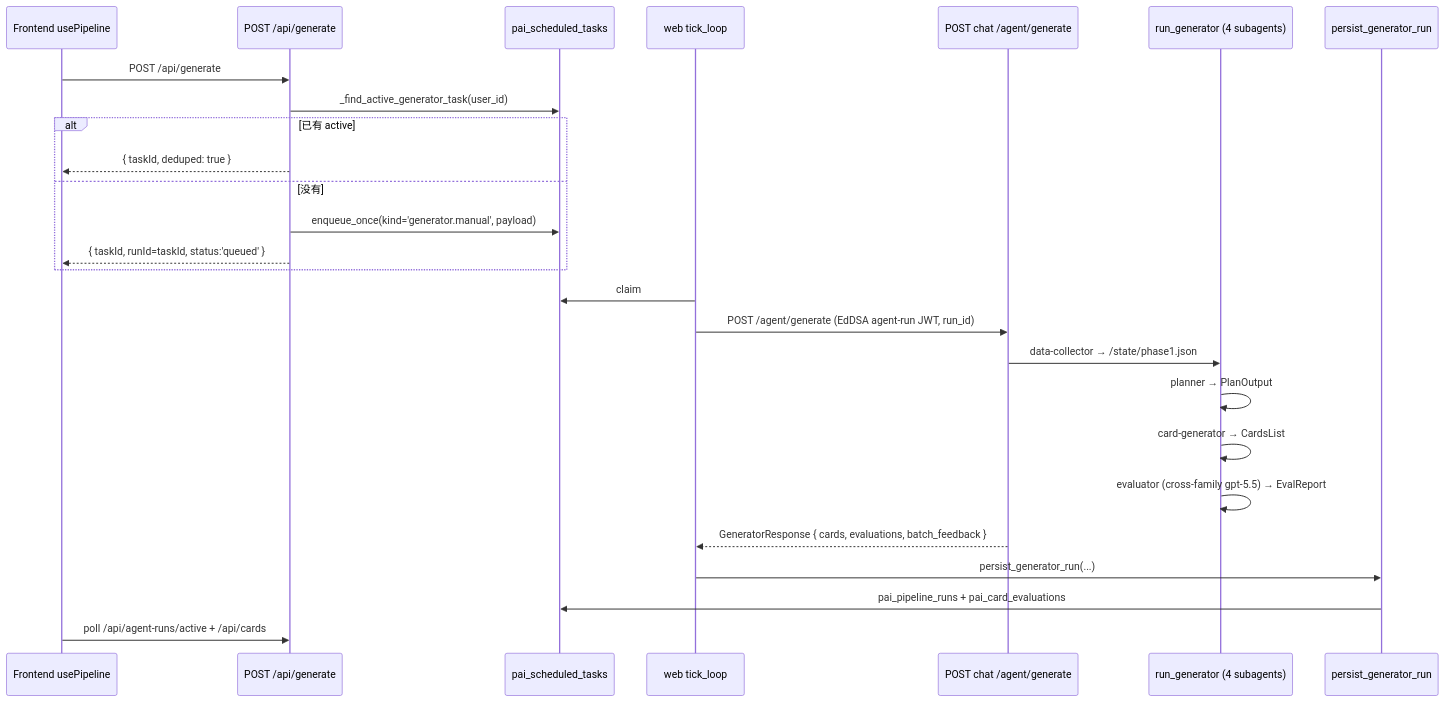
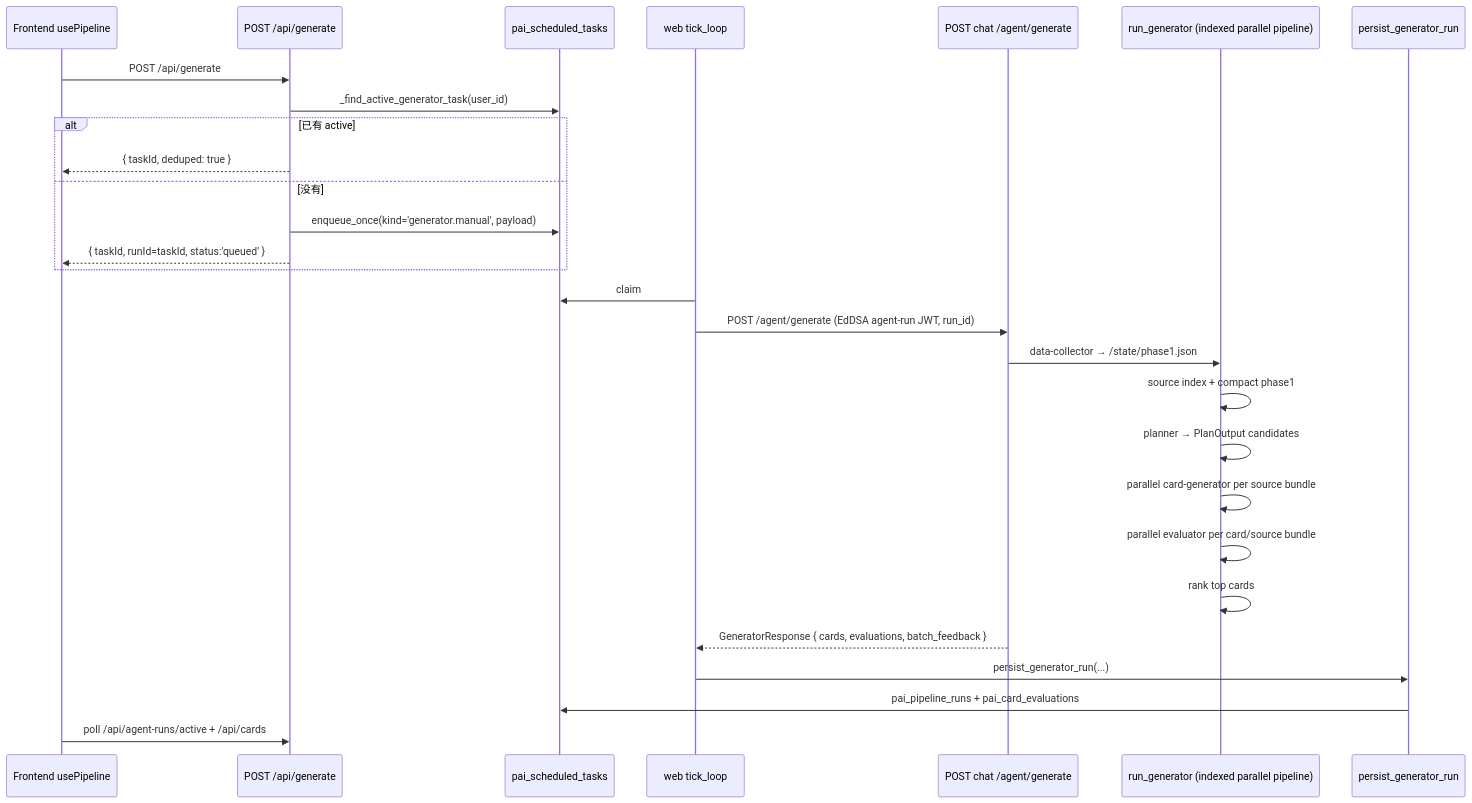
The second of 2 diagrams in docs/modules/generation.mdx (Edge-AI-HQ/proactive-assistant), drawn with Mermaid before and after one commit. The commit also changed other lines of this file and 14 other files, not shown here.

Commit message:
fix(generator): support eight-card batches

````diff
--- a/docs/modules/generation.mdx
+++ b/docs/modules/generation.mdx
@@ -52,29 +52,31 @@
 ```mermaid
 sequenceDiagram
   participant FE as Frontend usePipeline
   participant Web as POST /api/generate
   participant DB as pai_scheduled_tasks
   participant Sched as web tick_loop
   participant Chat as POST chat /agent/generate
-  participant Agent as run_generator (4 subagents)
+  participant Agent as run_generator (indexed parallel pipeline)
   participant Save as persist_generator_run
 
   FE->>Web: POST /api/generate
   Web->>DB: _find_active_generator_task(user_id)
   alt 已有 active
     Web-->>FE: { taskId, deduped: true }
   else 没有
     Web->>DB: enqueue_once(kind='generator.manual', payload)
     Web-->>FE: { taskId, runId=taskId, status:'queued' }
   end
   Sched->>DB: claim
   Sched->>Chat: POST /agent/generate (EdDSA agent-run JWT, run_id)
   Chat->>Agent: data-collector → /state/phase1.json
-  Agent->>Agent: planner → PlanOutput
-  Agent->>Agent: card-generator → CardsList
-  Agent->>Agent: evaluator (cross-family gpt-5.5) → EvalReport
+  Agent->>Agent: source index + compact phase1
+  Agent->>Agent: planner → PlanOutput candidates
+  Agent->>Agent: parallel card-generator per source bundle
+  Agent->>Agent: parallel evaluator per card/source bundle
+  Agent->>Agent: rank top cards
   Chat-->>Sched: GeneratorResponse { cards, evaluations, batch_feedback }
   Sched->>Save: persist_generator_run(...)
   Save->>DB: pai_pipeline_runs + pai_card_evaluations
   FE->>Web: poll /api/agent-runs/active + /api/cards
 ```
````
